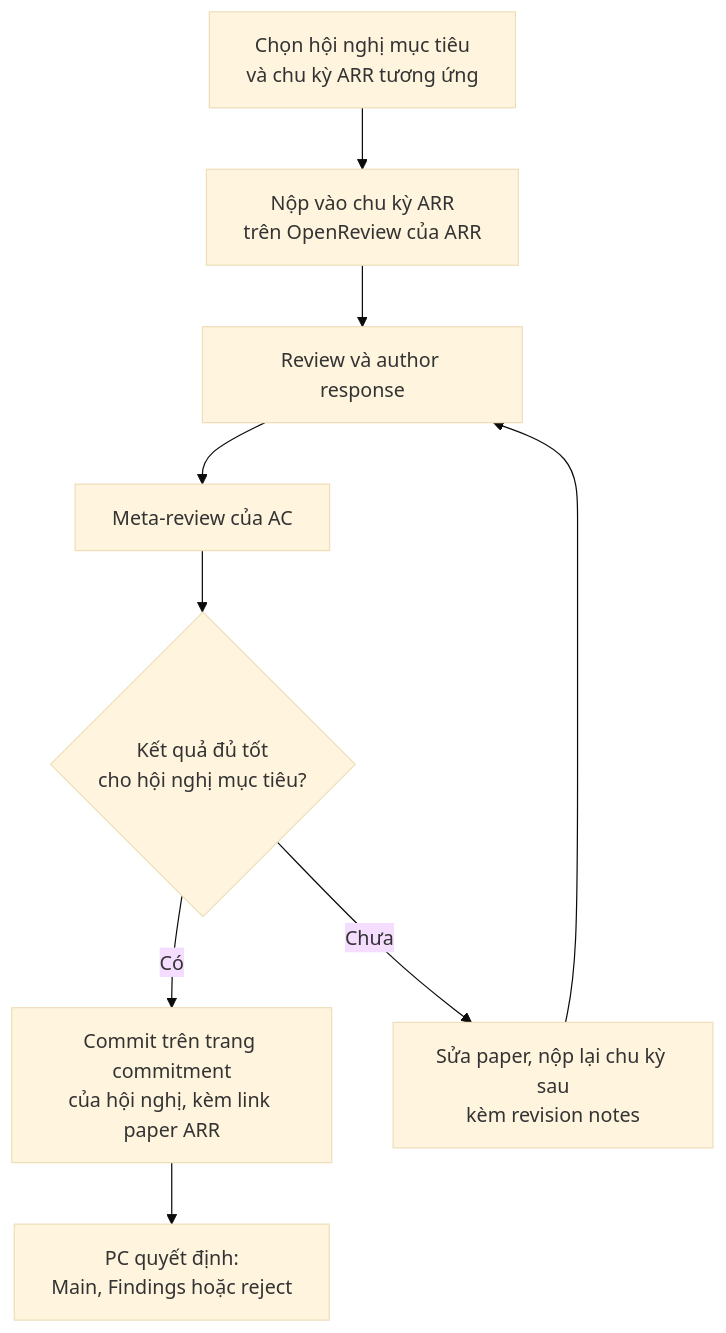
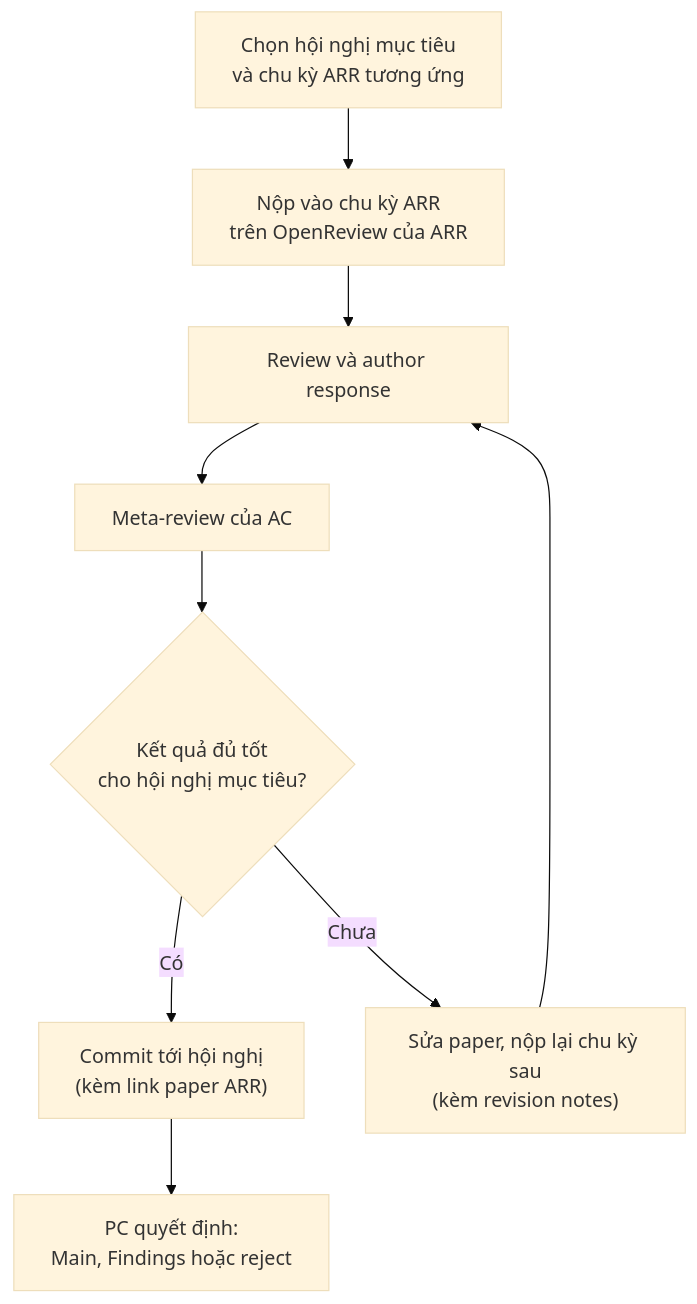
One commit to tuandung222/How-to-write-Astar-Paper changed the diagram in docs/04-nop-va-sau-nop/submission.md. Above: the diagram before and after it, drawn with Mermaid (base theme). The commit also changed 6 other files, not shown here.

````diff
--- a/docs/04-nop-va-sau-nop/submission.md
+++ b/docs/04-nop-va-sau-nop/submission.md
@@ -176,11 +176,11 @@
 ```mermaid
 flowchart TD
   T["Chọn hội nghị mục tiêu<br/>và chu kỳ ARR tương ứng"] --> N["Nộp vào chu kỳ ARR<br/>trên OpenReview của ARR"]
   N --> R["Review và author response"]
   R --> M["Meta-review của AC"]
   M --> Q{"Kết quả đủ tốt<br/>cho hội nghị mục tiêu?"}
-  Q -->|"Có"| C["Commit trên trang commitment<br/>của hội nghị, kèm link paper ARR"]
+  Q -->|"Có"| C["Commit tới hội nghị<br/>(kèm link paper ARR)"]
   C --> D["PC quyết định:<br/>Main, Findings hoặc reject"]
-  Q -->|"Chưa"| V["Sửa paper, nộp lại chu kỳ sau<br/>kèm revision notes"]
+  Q -->|"Chưa"| V["Sửa paper, nộp lại chu kỳ sau<br/>(kèm revision notes)"]
   V --> R
 ```
````
